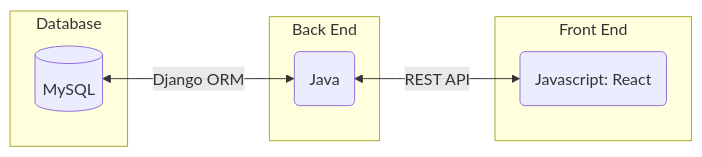
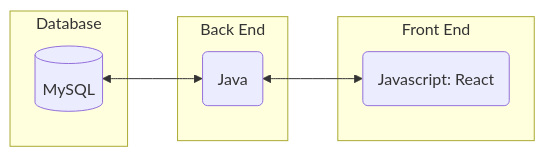
The first of 3 diagrams in README.md (TGrim-03/March-Madness-Bets), drawn with Mermaid before and after one commit. The commit also changed other lines of this file, not shown here.

Commit message:
extraneous removals in Tech Stack section and formatting changes for README

````diff
--- a/README.md
+++ b/README.md
@@ -42,17 +41,17 @@
 ```mermaid
 flowchart RL
 subgraph Front End
 	A(Javascript: React)
 end
 	
 subgraph Back End
 	B(Java)
 end
 	
 subgraph Database
 	C[(MySQL)]
 end
 
-A <-->|"REST API"| B
-B <-->|Django ORM| C
+A <-->|" "| B
+B <-->| | C
 ```
````
